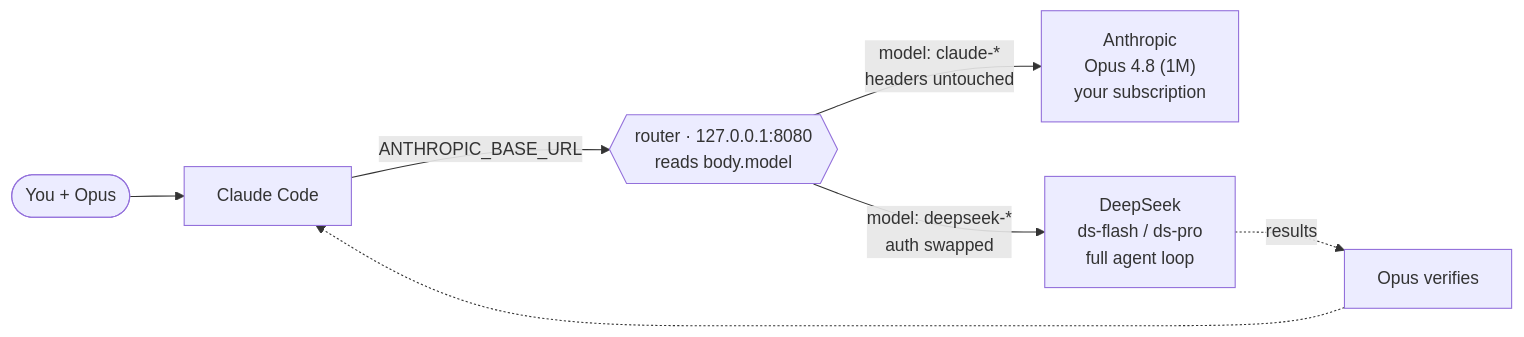
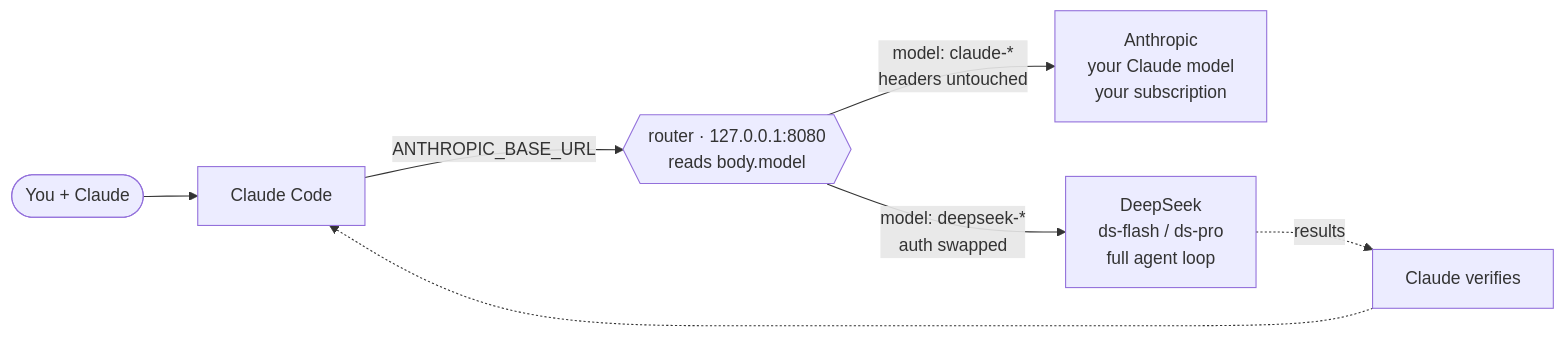
The diagram in README.md (CristhianKapelinski/claude-deepseek-subagents), drawn with Mermaid before and after one commit. The commit also changed other lines of this file and 2 other files, not shown here.

Commit message:
Reword messaging: "Claude" orchestrates (any Claude model), not specifically Opus

````diff
--- a/README.md
+++ b/README.md
@@ -54,8 +54,8 @@
 ```mermaid
 flowchart LR
-    U([You + Opus]) --> CC[Claude Code]
+    U([You + Claude]) --> CC[Claude Code]
     CC -- ANTHROPIC_BASE_URL --> R{{"router · 127.0.0.1:8080<br/>reads body.model"}}
-    R -- "model: claude-*<br/>headers untouched" --> A["Anthropic<br/>Opus 4.8 (1M)<br/>your subscription"]
+    R -- "model: claude-*<br/>headers untouched" --> A["Anthropic<br/>your Claude model<br/>your subscription"]
     R -- "model: deepseek-*<br/>auth swapped" --> D["DeepSeek<br/>ds-flash / ds-pro<br/>full agent loop"]
-    D -. results .-> V[Opus verifies] -.-> CC
+    D -. results .-> V[Claude verifies] -.-> CC
 ```
````
